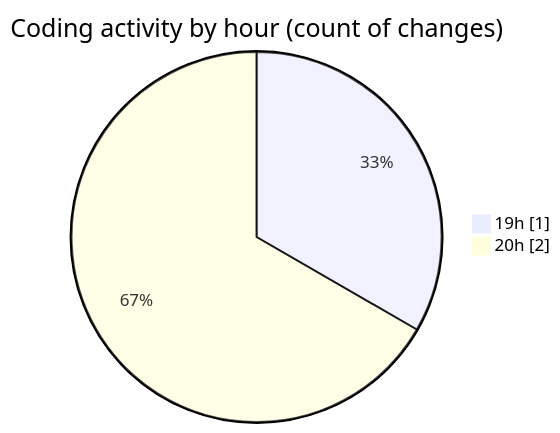
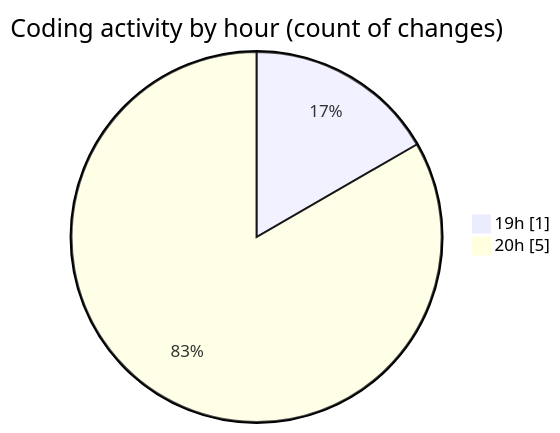
One commit to Netris89/code-tracking changed the second of 2 diagrams in 2025-07-09/data/README.md. Above: the diagram before and after it, drawn with Mermaid. The commit also changed other lines of this file and 1 other file, not shown here.

````diff
--- a/2025-07-09/data/README.md
+++ b/2025-07-09/data/README.md
@@ -30,6 +30,6 @@
 ```mermaid
 pie showData
 title Coding activity by hour (count of changes)
 "19h" : 1
-"20h" : 2
+"20h" : 5
 ```
````
